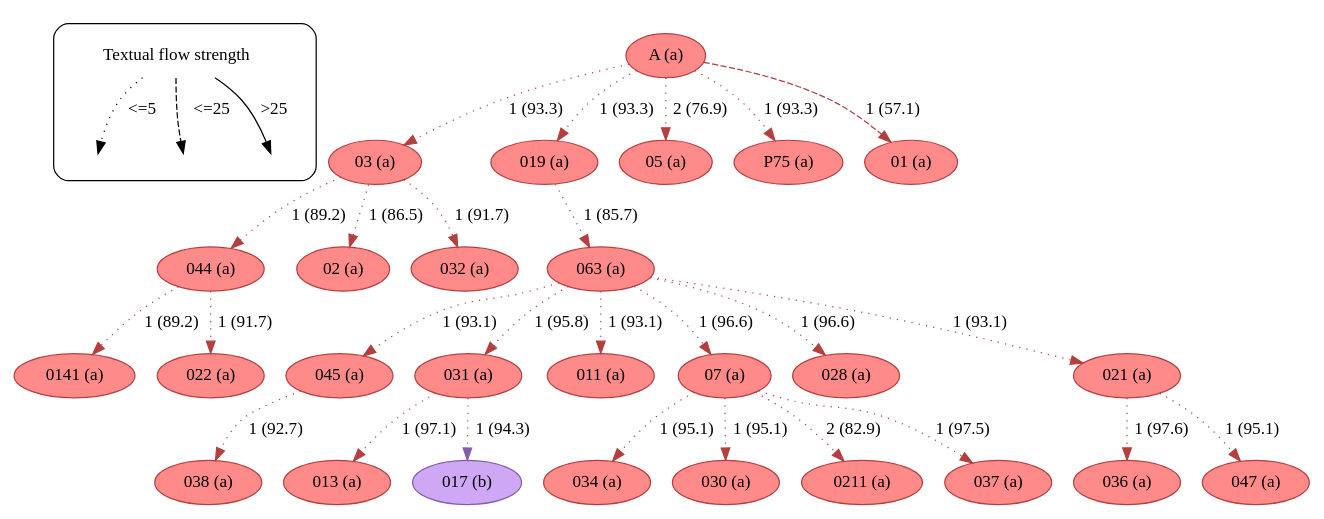
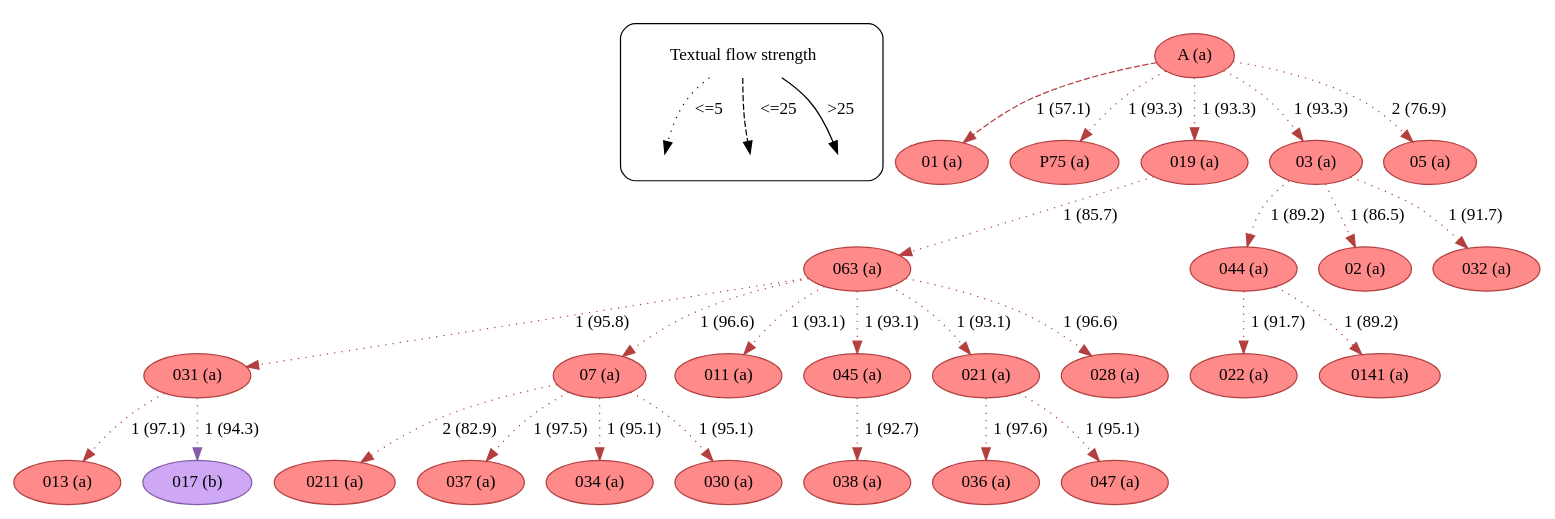
The diagram in example/c2/textual_flow_24_50-52_c2.dot (edmondac/CBGM), drawn with Graphviz before and after one commit. The commit also changed other lines of this file and 800 other files, not shown here.

```diff
--- a/example/c2/textual_flow_24_50-52_c2.dot
+++ b/example/c2/textual_flow_24_50-52_c2.dot
@@ -27,11 +27,18 @@
 		fillcolor="#FF8A8A",
 		label="A (a)",
 		style=filled];
-	03	 [color="#b43f3f",
+	01	 [color="#b43f3f",
 		fillcolor="#FF8A8A",
-		label="03 (a)",
+		label="01 (a)",
 		style=filled];
-	A -> 03	 [color="#b43f3f",
+	A -> 01	 [color="#b43f3f",
+		label="1 (57.1)",
+		style=dashed];
+	P75	 [color="#b43f3f",
+		fillcolor="#FF8A8A",
+		label="P75 (a)",
+		style=filled];
+	A -> P75	 [color="#b43f3f",
 		label="1 (93.3)",
 		style=dotted];
 	019	 [color="#b43f3f",
@@ -41,6 +48,13 @@
 	A -> 019	 [color="#b43f3f",
 		label="1 (93.3)",
 		style=dotted];
+	03	 [color="#b43f3f",
+		fillcolor="#FF8A8A",
+		label="03 (a)",
+		style=filled];
+	A -> 03	 [color="#b43f3f",
+		label="1 (93.3)",
+		style=dotted];
 	05	 [color="#b43f3f",
 		fillcolor="#FF8A8A",
 		label="05 (a)",
@@ -48,24 +62,49 @@
 	A -> 05	 [color="#b43f3f",
 		label="2 (76.9)",
 		style=dotted];
-	P75	 [color="#b43f3f",
-		fillcolor="#FF8A8A",
-		label="P75 (a)",
-		style=filled];
-	A -> P75	 [color="#b43f3f",
-		label="1 (93.3)",
-		style=dotted];
-	01	 [color="#b43f3f",
-		fillcolor="#FF8A8A",
-		label="01 (a)",
-		style=filled];
-	A -> 01	 [color="#b43f3f",
-		label="1 (57.1)",
-		style=dashed];
 	044	 [color="#b43f3f",
 		fillcolor="#FF8A8A",
 		label="044 (a)",
 		style=filled];
+	022	 [color="#b43f3f",
+		fillcolor="#FF8A8A",
+		label="022 (a)",
+		style=filled];
+	044 -> 022	 [color="#b43f3f",
+		label="1 (91.7)",
+		style=dotted];
+	0141	 [color="#b43f3f",
+		fillcolor="#FF8A8A",
+		label="0141 (a)",
+		style=filled];
+	044 -> 0141	 [color="#b43f3f",
+		label="1 (89.2)",
+		style=dotted];
+	031	 [color="#b43f3f",
+		fillcolor="#FF8A8A",
+		label="031 (a)",
+		style=filled];
+	013	 [color="#b43f3f",
+		fillcolor="#FF8A8A",
+		label="013 (a)",
+		style=filled];
+	031 -> 013	 [color="#b43f3f",
+		label="1 (97.1)",
+		style=dotted];
+	017	 [color="#835da9",
+		fillcolor="#CEA8F4",
+		label="017 (b)",
+		style=filled];
+	031 -> 017	 [color="#835da9",
+		label="1 (94.3)",
+		style=dotted];
+	063	 [color="#b43f3f",
+		fillcolor="#FF8A8A",
+		label="063 (a)",
+		style=filled];
+	019 -> 063	 [color="#b43f3f",
+		label="1 (85.7)",
+		style=dotted];
 	03 -> 044	 [color="#b43f3f",
 		label="1 (89.2)",
 		style=dotted];
@@ -83,37 +122,15 @@
 	03 -> 032	 [color="#b43f3f",
 		label="1 (91.7)",
 		style=dotted];
-	0141	 [color="#b43f3f",
-		fillcolor="#FF8A8A",
-		label="0141 (a)",
-		style=filled];
-	044 -> 0141	 [color="#b43f3f",
-		label="1 (89.2)",
-		style=dotted];
-	022	 [color="#b43f3f",
-		fillcolor="#FF8A8A",
-		label="022 (a)",
-		style=filled];
-	044 -> 022	 [color="#b43f3f",
-		label="1 (91.7)",
-		style=dotted];
-	063	 [color="#b43f3f",
-		fillcolor="#FF8A8A",
-		label="063 (a)",
-		style=filled];
-	045	 [color="#b43f3f",
-		fillcolor="#FF8A8A",
-		label="045 (a)",
-		style=filled];
-	063 -> 045	 [color="#b43f3f",
-		label="1 (93.1)",
-		style=dotted];
-	031	 [color="#b43f3f",
-		fillcolor="#FF8A8A",
-		label="031 (a)",
-		style=filled];
 	063 -> 031	 [color="#b43f3f",
 		label="1 (95.8)",
+		style=dotted];
+	07	 [color="#b43f3f",
+		fillcolor="#FF8A8A",
+		label="07 (a)",
+		style=filled];
+	063 -> 07	 [color="#b43f3f",
+		label="1 (96.6)",
 		style=dotted];
 	011	 [color="#b43f3f",
 		fillcolor="#FF8A8A",
@@ -122,12 +139,19 @@
 	063 -> 011	 [color="#b43f3f",
 		label="1 (93.1)",
 		style=dotted];
-	07	 [color="#b43f3f",
+	045	 [color="#b43f3f",
 		fillcolor="#FF8A8A",
-		label="07 (a)",
+		label="045 (a)",
 		style=filled];
-	063 -> 07	 [color="#b43f3f",
-		label="1 (96.6)",
+	063 -> 045	 [color="#b43f3f",
+		label="1 (93.1)",
+		style=dotted];
+	021	 [color="#b43f3f",
+		fillcolor="#FF8A8A",
+		label="021 (a)",
+		style=filled];
+	063 -> 021	 [color="#b43f3f",
+		label="1 (93.1)",
 		style=dotted];
 	028	 [color="#b43f3f",
 		fillcolor="#FF8A8A",
@@ -136,33 +160,19 @@
 	063 -> 028	 [color="#b43f3f",
 		label="1 (96.6)",
 		style=dotted];
-	021	 [color="#b43f3f",
+	0211	 [color="#b43f3f",
 		fillcolor="#FF8A8A",
-		label="021 (a)",
+		label="0211 (a)",
 		style=filled];
-	063 -> 021	 [color="#b43f3f",
-		label="1 (93.1)",
+	07 -> 0211	 [color="#b43f3f",
+		label="2 (82.9)",
 		style=dotted];
-	038	 [color="#b43f3f",
+	037	 [color="#b43f3f",
 		fillcolor="#FF8A8A",
-		label="038 (a)",
+		label="037 (a)",
 		style=filled];
-	045 -> 038	 [color="#b43f3f",
-		label="1 (92.7)",
-		style=dotted];
-	013	 [color="#b43f3f",
-		fillcolor="#FF8A8A",
-		label="013 (a)",
-		style=filled];
-	031 -> 013	 [color="#b43f3f",
-		label="1 (97.1)",
-		style=dotted];
-	017	 [color="#835da9",
-		fillcolor="#CEA8F4",
-		label="017 (b)",
-		style=filled];
-	031 -> 017	 [color="#835da9",
-		label="1 (94.3)",
+	07 -> 037	 [color="#b43f3f",
+		label="1 (97.5)",
 		style=dotted];
 	034	 [color="#b43f3f",
 		fillcolor="#FF8A8A",
@@ -178,19 +188,12 @@
 	07 -> 030	 [color="#b43f3f",
 		label="1 (95.1)",
 		style=dotted];
-	0211	 [color="#b43f3f",
+	038	 [color="#b43f3f",
 		fillcolor="#FF8A8A",
-		label="0211 (a)",
+		label="038 (a)",
 		style=filled];
-	07 -> 0211	 [color="#b43f3f",
-		label="2 (82.9)",
-		style=dotted];
-	037	 [color="#b43f3f",
-		fillcolor="#FF8A8A",
-		label="037 (a)",
-		style=filled];
-	07 -> 037	 [color="#b43f3f",
-		label="1 (97.5)",
+	045 -> 038	 [color="#b43f3f",
+		label="1 (92.7)",
 		style=dotted];
 	036	 [color="#b43f3f",
 		fillcolor="#FF8A8A",
@@ -206,7 +209,4 @@
 	021 -> 047	 [color="#b43f3f",
 		label="1 (95.1)",
 		style=dotted];
-	019 -> 063	 [color="#b43f3f",
-		label="1 (85.7)",
-		style=dotted];
 }
```
